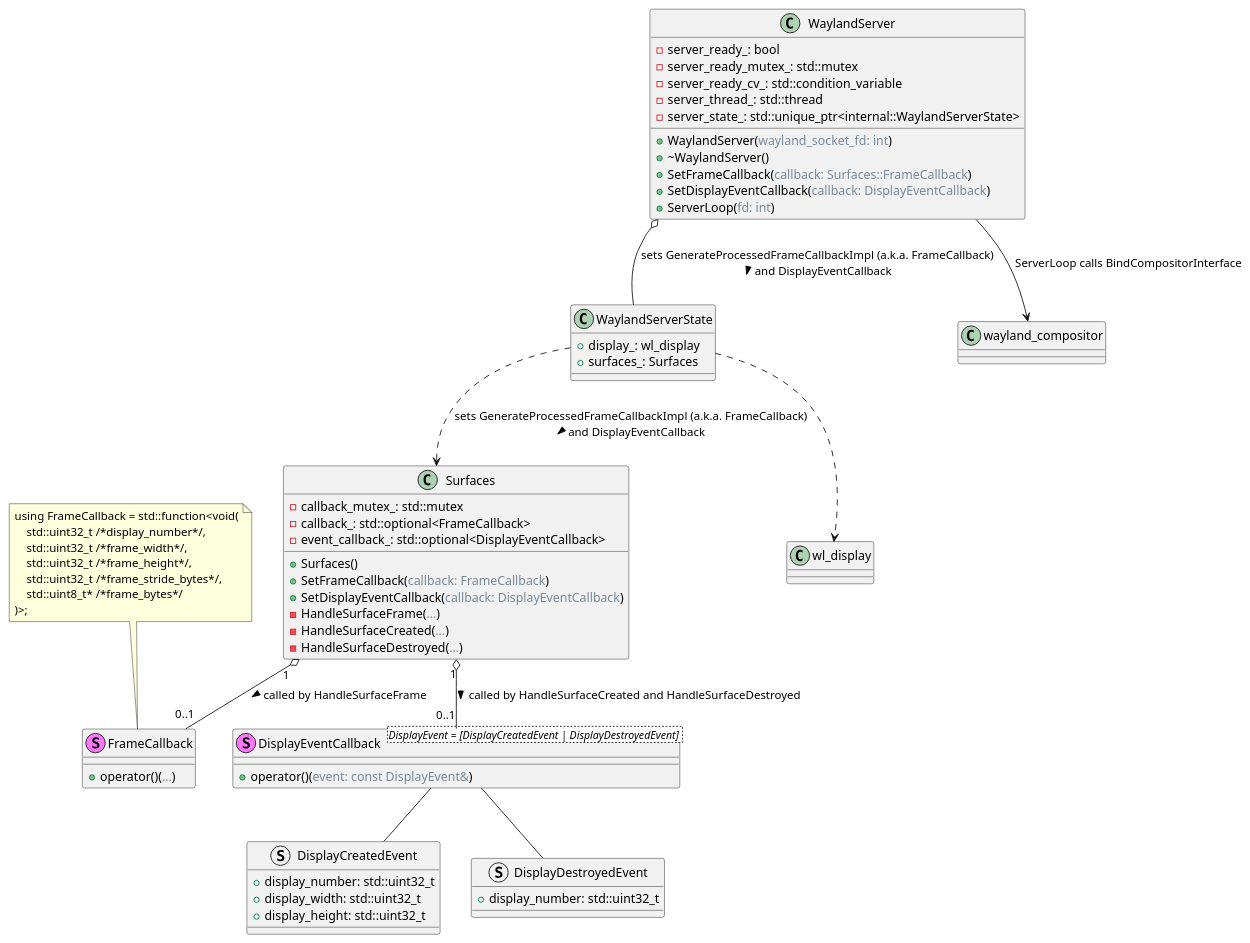
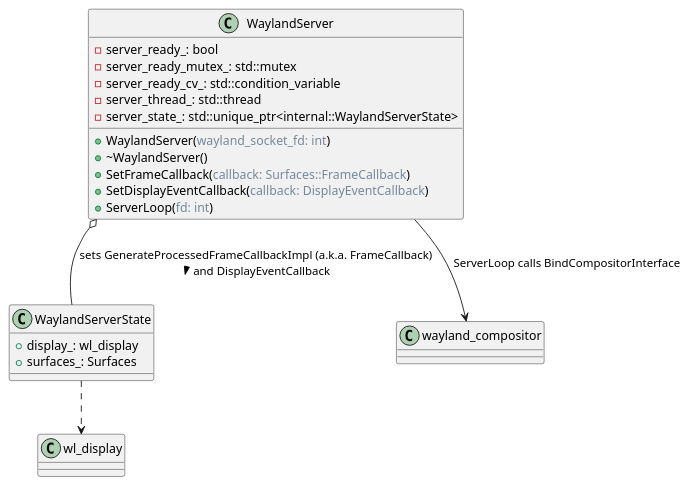
Before and after one commit to dmitvitalii/cf_diagrams: the diagram in wayland_server_diagram.puml, drawn with PlantUML. The commit also changed 4 other files, not shown here.

Commit message:
Move Callbacks to a separate diagram

```diff
--- a/wayland_server_diagram.puml
+++ b/wayland_server_diagram.puml
@@ -1,68 +1,26 @@
 @startuml
-
-class Surfaces {
-  + Surfaces()
-  + SetFrameCallback(<color:LightSlateGray>callback: FrameCallback</color>)
-  + SetDisplayEventCallback(<color:LightSlateGray>callback: DisplayEventCallback</color>)
-
-  - callback_mutex_: std::mutex
-  - callback_: std::optional<FrameCallback>
-  - event_callback_: std::optional<DisplayEventCallback>
-
-  - HandleSurfaceFrame(<color:LightSlateGray>...</color>)
-  - HandleSurfaceCreated(<color:LightSlateGray>...</color>)
-  - HandleSurfaceDestroyed(<color:LightSlateGray>...</color>)
-}
 
 class WaylandServer {
   -server_ready_: bool
   -server_ready_mutex_: std::mutex
   -server_ready_cv_: std::condition_variable
   -server_thread_: std::thread
   -server_state_: std::unique_ptr<internal::WaylandServerState>
   +WaylandServer(<color:LightSlateGray>wayland_socket_fd: int</color>)
   +~WaylandServer()
   +SetFrameCallback(<color:LightSlateGray>callback: Surfaces::FrameCallback</color>)
   +SetDisplayEventCallback(<color:LightSlateGray>callback: DisplayEventCallback</color>)
   +ServerLoop(<color:LightSlateGray>fd: int</color>)
 }
 
-stereotype FrameCallback {
-  +operator()(<color:LightSlateGray>...</color>)
-}
-note top of FrameCallback: using FrameCallback = std::function<void(\n    std::uint32_t /*display_number*/,\n    std::uint32_t /*frame_width*/,\n    std::uint32_t /*frame_height*/,\n    std::uint32_t /*frame_stride_bytes*/,\n    std::uint8_t* /*frame_bytes*/\n)>;
-
-
-struct DisplayCreatedEvent {
-  +display_number: std::uint32_t
-  +display_width: std::uint32_t
-  +display_height: std::uint32_t
-}
-
-struct DisplayDestroyedEvent {
-  +display_number: std::uint32_t
-}
-
-stereotype DisplayEventCallback<DisplayEvent = [DisplayCreatedEvent | DisplayDestroyedEvent] > {
-  +operator()(<color:LightSlateGray>event: const DisplayEvent&</color>)
-}
- 
-
 class WaylandServerState {
   +display_: wl_display
   +surfaces_: Surfaces
 }
 
 WaylandServer o-- WaylandServerState : sets GenerateProcessedFrameCallbackImpl (a.k.a. FrameCallback)\nand DisplayEventCallback >
 WaylandServer --> wayland_compositor : ServerLoop calls BindCompositorInterface
 
-WaylandServerState ..> Surfaces : sets GenerateProcessedFrameCallbackImpl (a.k.a. FrameCallback)\nand DisplayEventCallback >
 WaylandServerState ..> wl_display
 
-Surfaces "1" o-- "0..1" FrameCallback : called by HandleSurfaceFrame >
-Surfaces "1" o-- "0..1" DisplayEventCallback : called by HandleSurfaceCreated and HandleSurfaceDestroyed >
-
-DisplayEventCallback -- DisplayCreatedEvent 
-DisplayEventCallback -- DisplayDestroyedEvent
-
 @enduml
```
